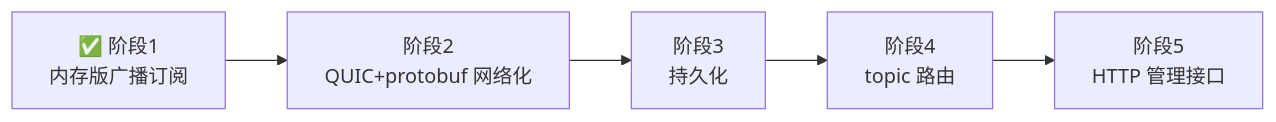
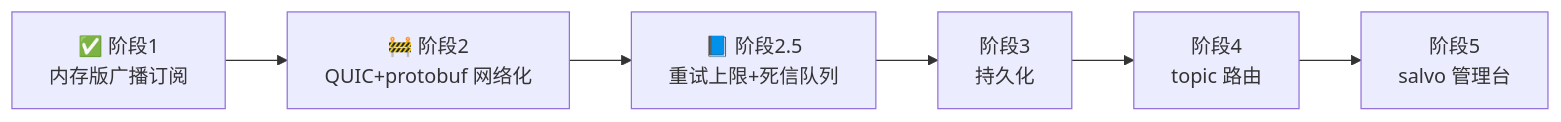
Before and after one commit to MrTwoc/Mymq-rs: the diagram in README.md, drawn with Mermaid. The commit also changed other lines of this file and 2 other files, not shown here.

````diff
--- a/README.md
+++ b/README.md
@@ -34,7 +51,8 @@
 ```mermaid
 flowchart LR
-    S1[✅ 阶段1<br/>内存版广播订阅] --> S2[阶段2<br/>QUIC+protobuf 网络化]
-    S2 --> S3[阶段3<br/>持久化]
+    S1[✅ 阶段1<br/>内存版广播订阅] --> S2[🚧 阶段2<br/>QUIC+protobuf 网络化]
+    S2 --> S25[📘 阶段2.5<br/>重试上限+死信队列]
+    S25 --> S3[阶段3<br/>持久化]
     S3 --> S4[阶段4<br/>topic 路由]
-    S4 --> S5[阶段5<br/>HTTP 管理接口]
+    S4 --> S5[阶段5<br/>salvo 管理台]
 ```
````
